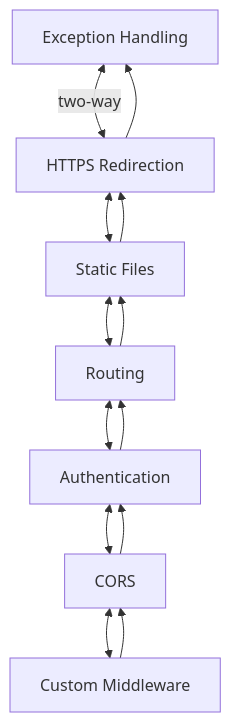
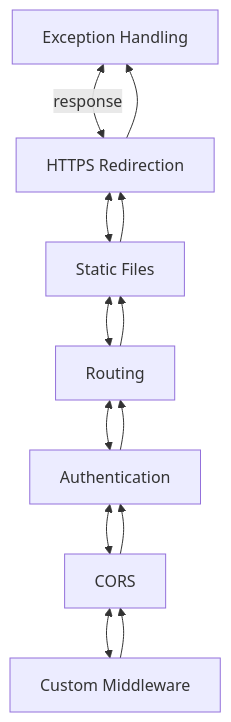
One commit to Rick-Anderson/MiddlewareMermaid changed the diagram in MiddlewareMermaid/graphTD3.md. Above: the diagram before and after it, drawn with Mermaid.

````diff
--- a/MiddlewareMermaid/graphTD3.md
+++ b/MiddlewareMermaid/graphTD3.md
@@ -1,19 +1,19 @@
 ```mermaid
 graph TD;
-    A[Exception Handling] <-->|two-way| B[HTTPS Redirection];
+    A[Exception Handling] <-->|response| B[HTTPS Redirection];
     B <--> C[Static Files];
     C <--> D[Routing];
     D <--> E[Authentication];
     E <--> F[CORS];
     F <--> G[Custom Middleware];
     
     
     C --> B;
     D --> C;
     E --> D;
     F --> E;
     G --> F;
     B --> A;
 
 
 ```
````
